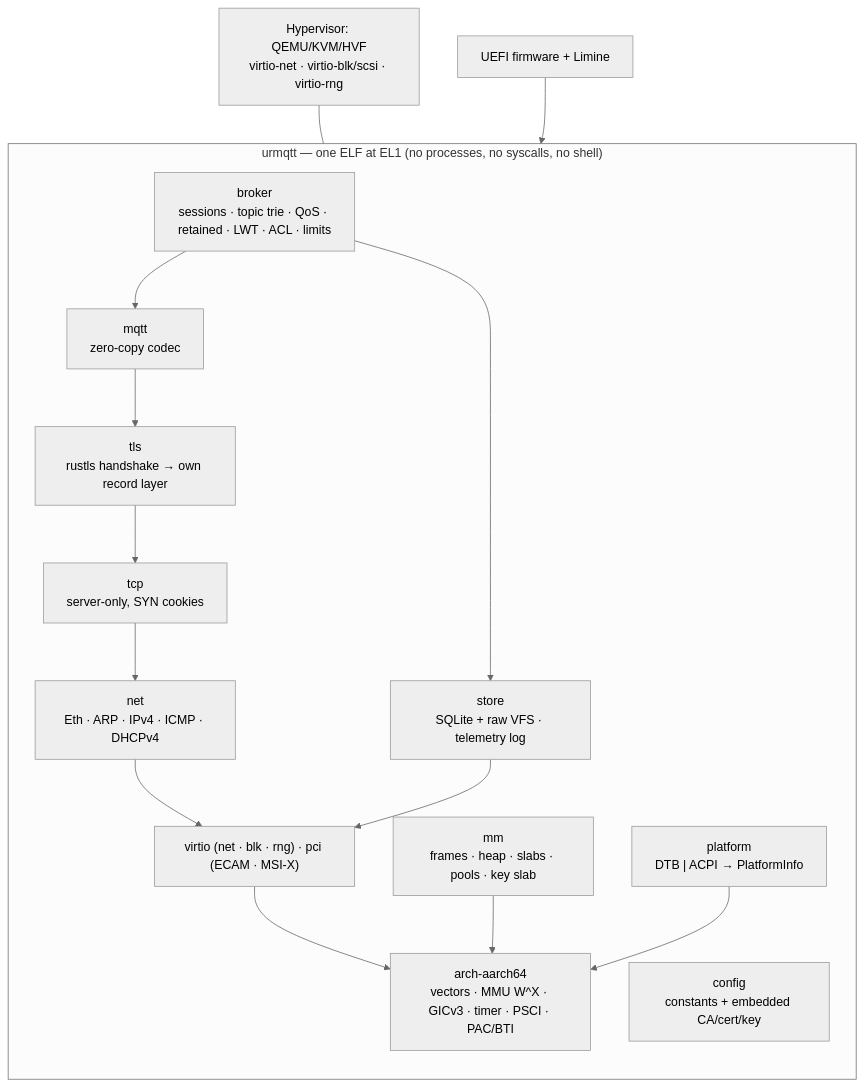
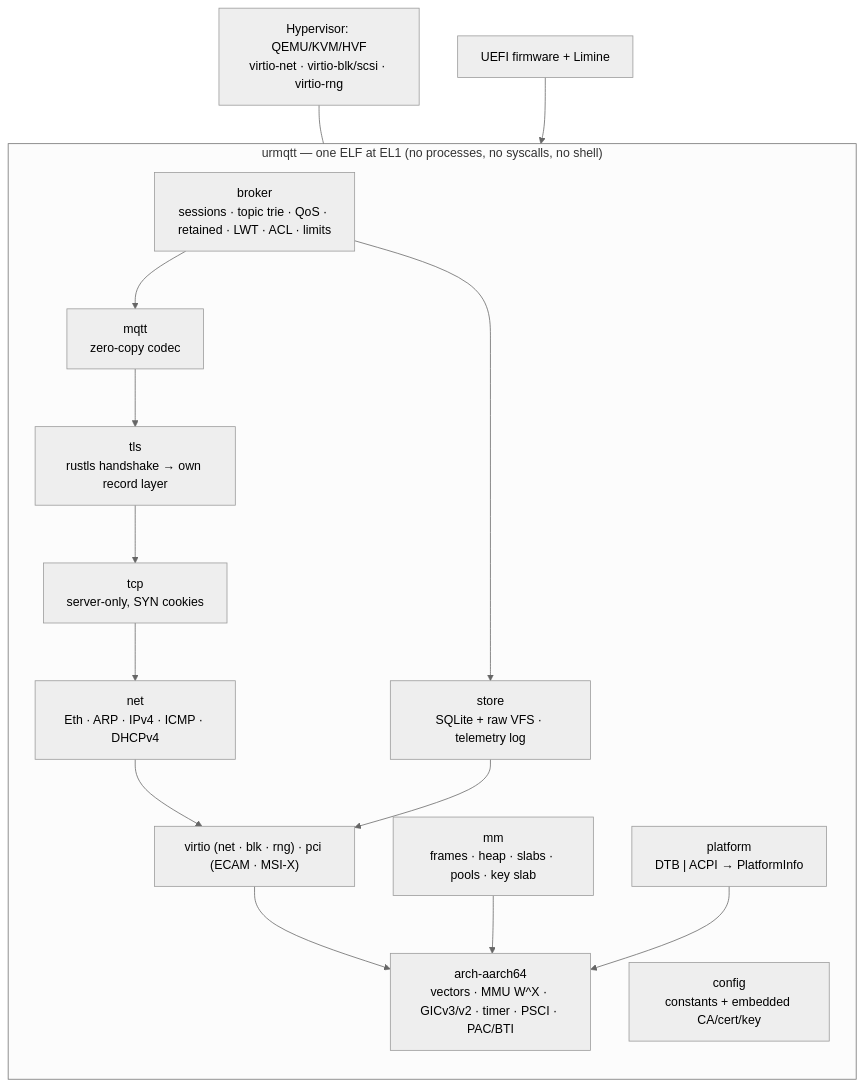
Before and after one commit to zeljan-alduk/urMQTT: the first of 3 diagrams in README.md, drawn with Mermaid (neutral theme). The commit also changed other lines of this file and 20 other files, not shown here.

````diff
--- a/README.md
+++ b/README.md
@@ -128,24 +129,24 @@
 ```mermaid
 flowchart TB
     subgraph image["urmqtt — one ELF at EL1 (no processes, no syscalls, no shell)"]
         direction TB
         broker["broker<br/>sessions · topic trie · QoS · retained · LWT · ACL · limits"]
         mqtt["mqtt<br/>zero-copy codec"]
         tls["tls<br/>rustls handshake → own record layer"]
         tcp["tcp<br/>server-only, SYN cookies"]
         net["net<br/>Eth · ARP · IPv4 · ICMP · DHCPv4"]
         store["store<br/>SQLite + raw VFS · telemetry log"]
         drivers["virtio (net · blk · rng) · pci (ECAM · MSI-X)"]
         mm["mm<br/>frames · heap · slabs · pools · key slab"]
-        arch["arch-aarch64<br/>vectors · MMU W^X · GICv3 · timer · PSCI · PAC/BTI"]
+        arch["arch-aarch64<br/>vectors · MMU W^X · GICv3/v2 · timer · PSCI · PAC/BTI"]
         platform["platform<br/>DTB | ACPI → PlatformInfo"]
         config["config<br/>constants + embedded CA/cert/key"]
         broker --> mqtt --> tls --> tcp --> net --> drivers
         broker --> store --> drivers
         drivers --> arch
         mm --> arch
         platform --> arch
     end
     fw["UEFI firmware + Limine"] --> image
     hv["Hypervisor: QEMU/KVM/HVF<br/>virtio-net · virtio-blk/scsi · virtio-rng"] --- drivers
 ```
````
